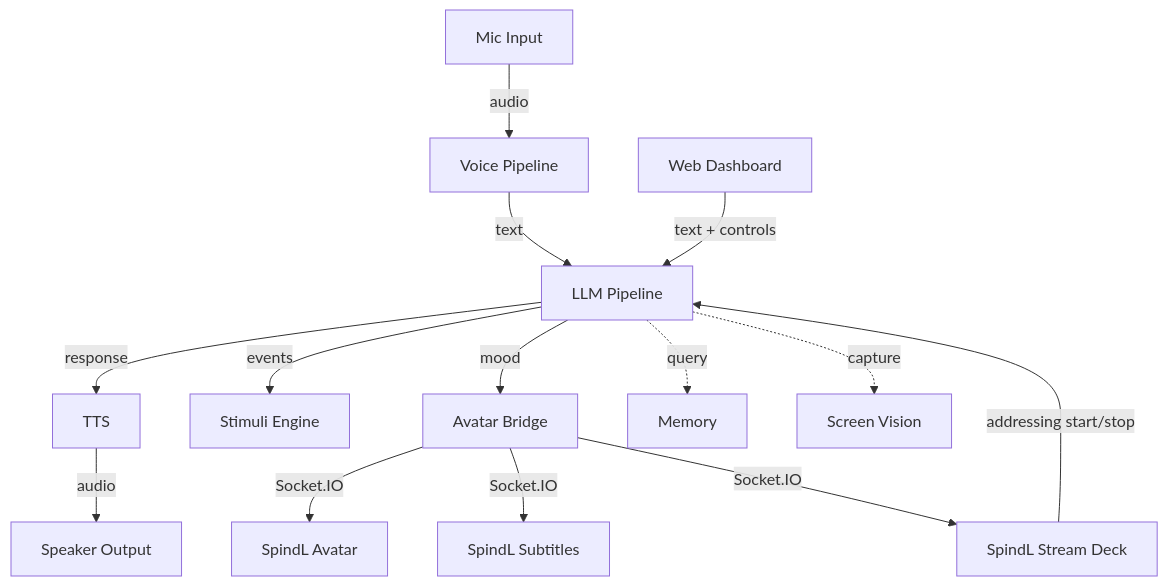
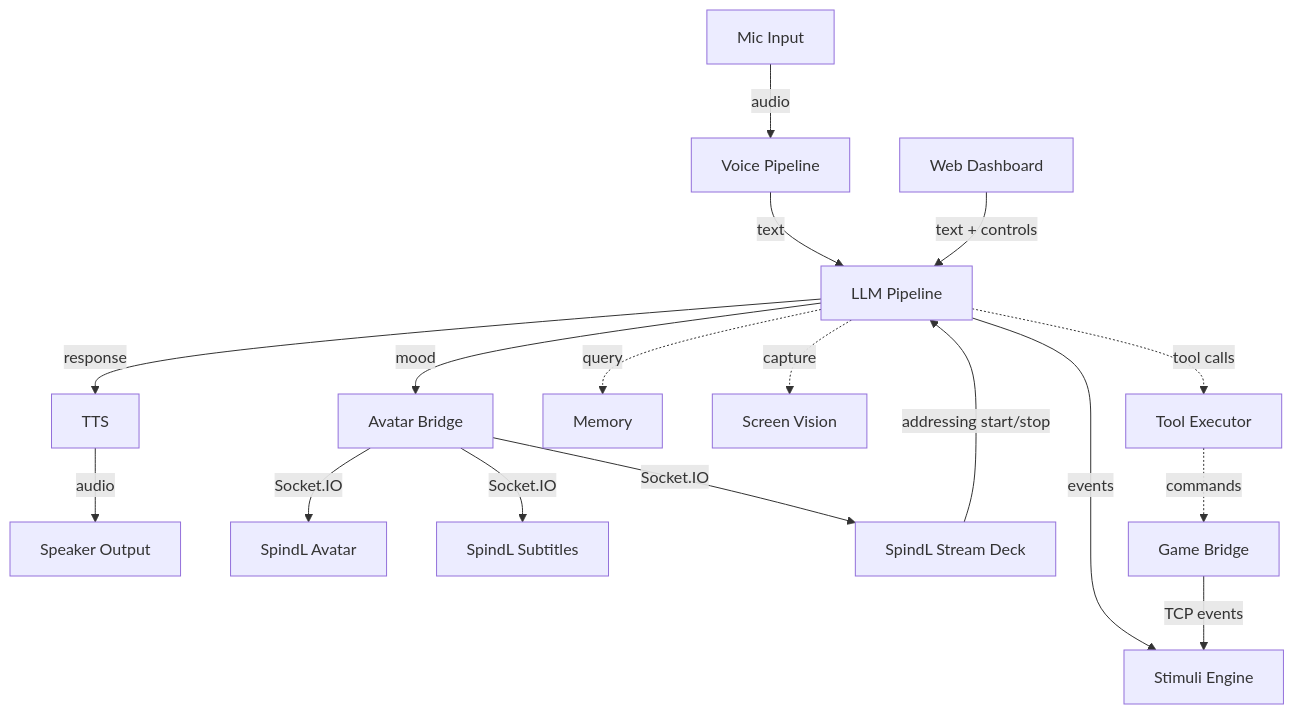
Before and after one commit to JChan2787/spindl: the diagram in README.md, drawn with Mermaid. The commit also changed other lines of this file and 9 other files, not shown here.

````diff
--- a/README.md
+++ b/README.md
@@ -34,16 +38,19 @@
 ```mermaid
 flowchart TD
     A[Mic Input] -->|audio| B[Voice Pipeline]
     B -->|text| C[LLM Pipeline]
     C -->|response| D[TTS]
     D -->|audio| E[Speaker Output]
     C -->|events| F[Stimuli Engine]
     C -->|mood| G[Avatar Bridge]
     G -->|Socket.IO| H[SpindL Avatar]
     G -->|Socket.IO| I[SpindL Subtitles]
     G -->|Socket.IO| M[SpindL Stream Deck]
     J[Web Dashboard] -->|"text + controls"| C
     M -->|"addressing start/stop"| C
     C -.->|query| K[Memory]
     C -.->|capture| L[Screen Vision]
+    C -.->|tool calls| N[Tool Executor]
+    N -.->|commands| O[Game Bridge]
+    O -->|"TCP events"| F
 ```
````
